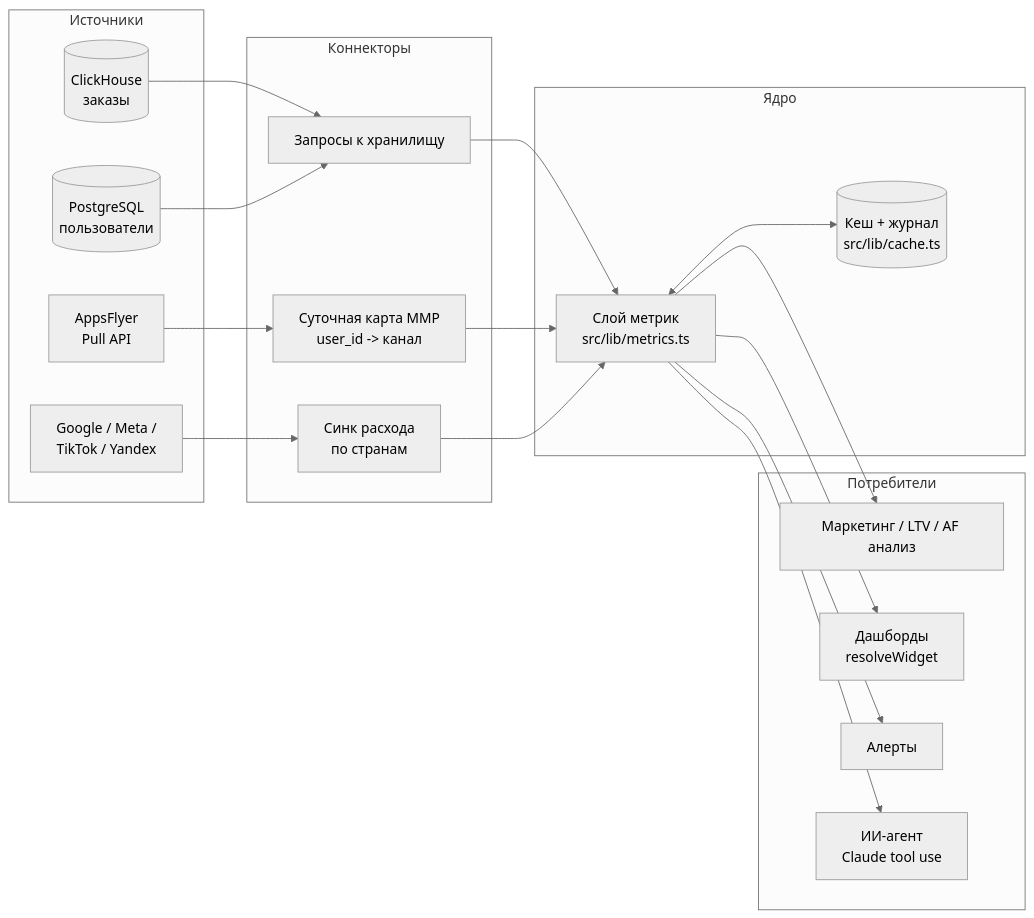
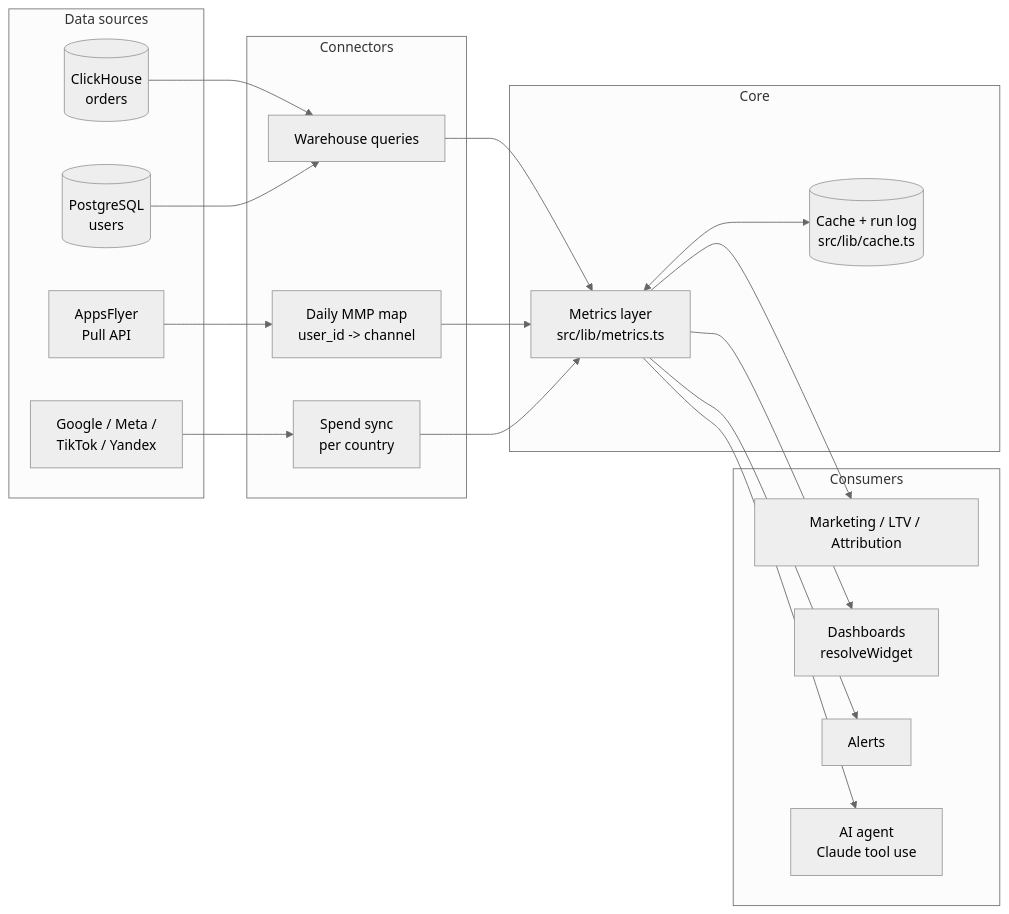
The diagram in README.md (magzhanxzh/sanalytics-demo), drawn with Mermaid (neutral theme) before and after one commit. The commit also changed other lines of this file and 107 other files, not shown here.

````diff
--- a/README.md
+++ b/README.md
@@ -21,36 +25,36 @@
 ```mermaid
 flowchart LR
-  subgraph Sources[Источники]
-    CH[(ClickHouse<br/>заказы)]
-    PG[(PostgreSQL<br/>пользователи)]
+  subgraph Sources[Data sources]
+    CH[(ClickHouse<br/>orders)]
+    PG[(PostgreSQL<br/>users)]
     AF[AppsFlyer<br/>Pull API]
     ADS[Google / Meta /<br/>TikTok / Yandex]
   end
-  subgraph Connectors[Коннекторы]
-    Q[Запросы к хранилищу]
-    MAP[Суточная карта MMP<br/>user_id -> канал]
-    SPEND[Синк расхода<br/>по странам]
+  subgraph Connectors
+    Q[Warehouse queries]
+    MAP[Daily MMP map<br/>user_id -> channel]
+    SPEND[Spend sync<br/>per country]
   end
-  subgraph Core[Ядро]
-    M[Слой метрик<br/>src/lib/metrics.ts]
-    C[(Кеш + журнал<br/>src/lib/cache.ts)]
+  subgraph Core
+    M[Metrics layer<br/>src/lib/metrics.ts]
+    C[(Cache + run log<br/>src/lib/cache.ts)]
   end
-  subgraph UI[Потребители]
-    MK[Маркетинг / LTV / AF анализ]
-    D[Дашборды<br/>resolveWidget]
-    AL[Алерты]
-    AI[ИИ-агент<br/>Claude tool use]
+  subgraph UI[Consumers]
+    MK[Marketing / LTV / Attribution]
+    D[Dashboards<br/>resolveWidget]
+    AL[Alerts]
+    AI[AI agent<br/>Claude tool use]
   end
   CH --> Q
   PG --> Q
   AF --> MAP
   ADS --> SPEND
   Q --> M
   MAP --> M
   SPEND --> M
   M <--> C
   M --> MK
   M --> D
   M --> AL
   M --> AI
 ```
````
